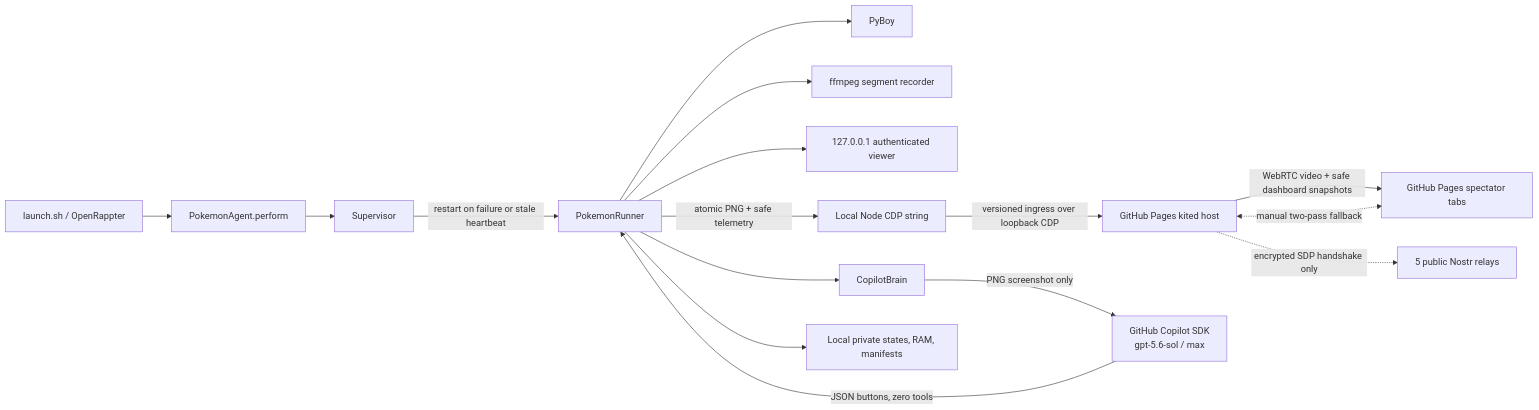
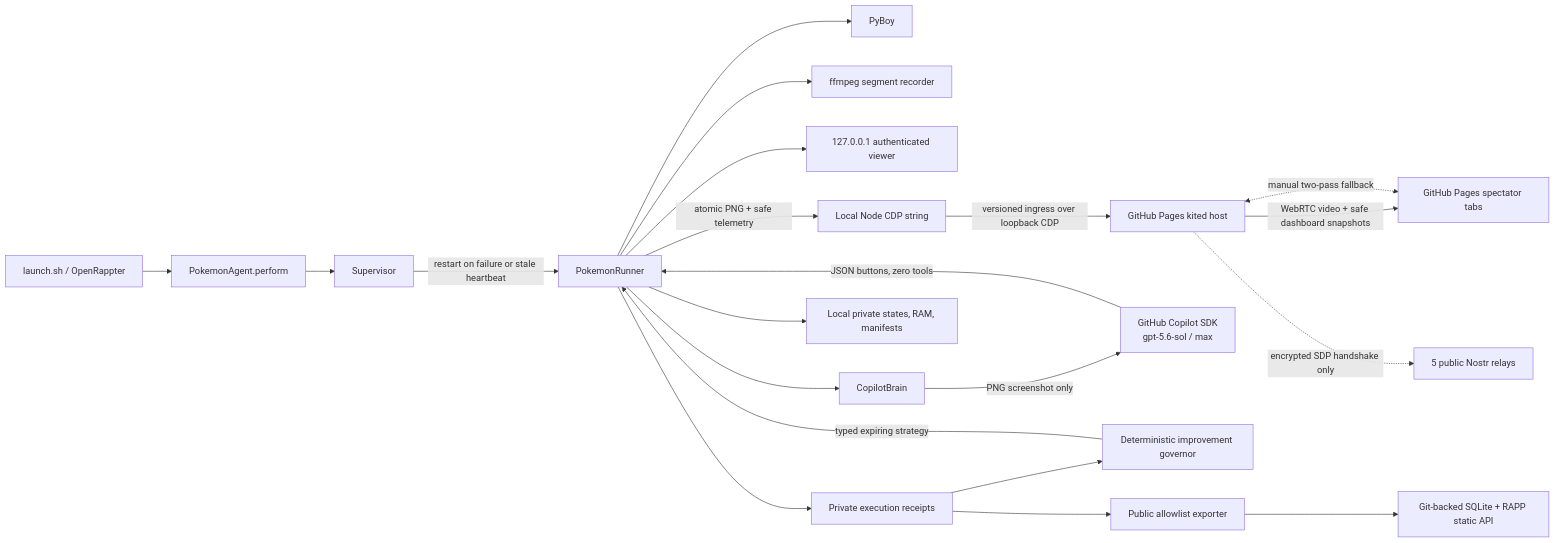
One commit to kody-w/rappter-plays-pokemon changed the diagram in README.md. Above: the diagram before and after it, drawn with Mermaid. The commit also changed other lines of this file and 24 other files, not shown here.

````diff
--- a/README.md
+++ b/README.md
@@ -482,19 +538,24 @@
 ```mermaid
 flowchart LR
     U[launch.sh / OpenRappter] --> A[PokemonAgent.perform]
     A --> S[Supervisor]
     S -->|restart on failure or stale heartbeat| R[PokemonRunner]
     R --> P[PyBoy]
     R --> F[ffmpeg segment recorder]
     R --> V[127.0.0.1 authenticated viewer]
     R -->|atomic PNG + safe telemetry| K[Local Node CDP string]
     K -->|versioned ingress over loopback CDP| H[GitHub Pages kited host]
     H -->|WebRTC video + safe dashboard snapshots| W
     W[GitHub Pages spectator tabs]
     H -.->|encrypted SDP handshake only| NR[5 public Nostr relays]
     H <-.->|manual two-pass fallback| W
     R --> B[CopilotBrain]
     B -->|PNG screenshot only| C[GitHub Copilot SDK<br/>gpt-5.6-sol / max]
     C -->|JSON buttons, zero tools| R
     R --> L[Local private states, RAM, manifests]
+    R --> E[Private execution receipts]
+    E --> G[Deterministic improvement governor]
+    G -->|typed expiring strategy| R
+    E --> X[Public allowlist exporter]
+    X --> D[Git-backed SQLite + RAPP static API]
 ```
````
